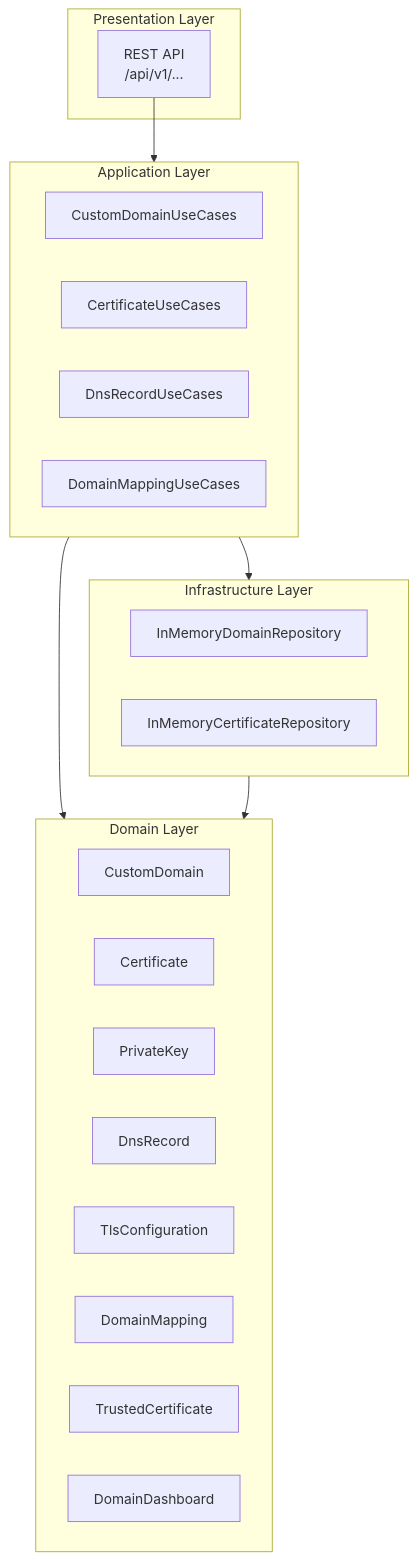
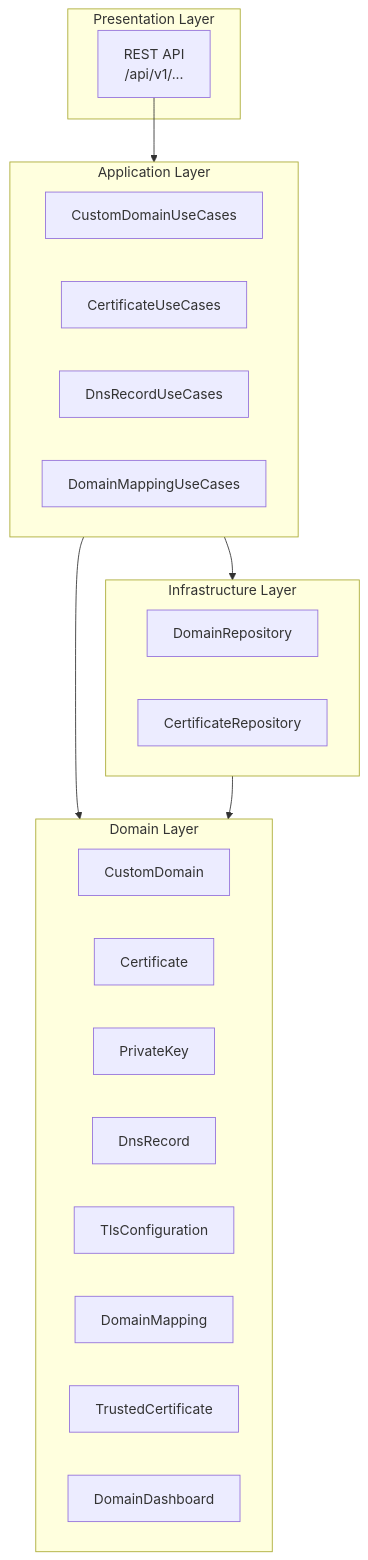
Before and after one commit to UIMSolutions/uim-platform: the second of 3 diagrams in custom-domain/UML.md, drawn with Mermaid. The commit also changed 64 other files, not shown here.

````diff
--- a/custom-domain/UML.md
+++ b/custom-domain/UML.md
@@ -70,31 +70,31 @@
 ```mermaid
 flowchart TB
     subgraph Presentation["Presentation Layer"]
         REST["REST API\n/api/v1/..."]
     end
     subgraph Application["Application Layer"]
         DOM_UC["CustomDomainUseCases"]
         CERT_UC["CertificateUseCases"]
         DNS_UC["DnsRecordUseCases"]
         MAP_UC["DomainMappingUseCases"]
     end
     subgraph Domain["Domain Layer"]
         DOM["CustomDomain"]
         CERT["Certificate"]
         KEY["PrivateKey"]
         DNS["DnsRecord"]
         TLS["TlsConfiguration"]
         MAP["DomainMapping"]
         TC["TrustedCertificate"]
         DASH["DomainDashboard"]
     end
     subgraph Infrastructure["Infrastructure Layer"]
-        DOM_REPO["InMemoryDomainRepository"]
-        CERT_REPO["InMemoryCertificateRepository"]
+        DOM_REPO["DomainRepository"]
+        CERT_REPO["CertificateRepository"]
     end
 
     REST --> Application
     Application --> Domain
     Infrastructure --> Domain
     Application --> Infrastructure
 ```
````
